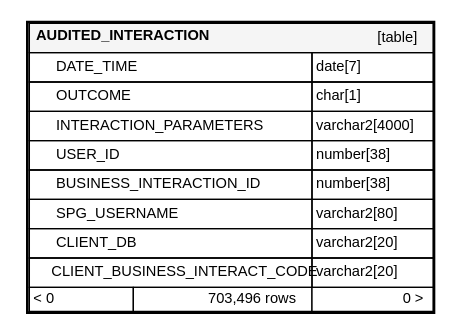
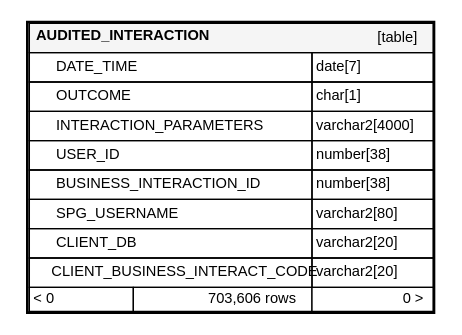
Before and after one commit to ministryofjustice/hmpps-probation-integration-services: the diagram in schema-spy-report/diagrams/orphans/AUDITED_INTERACTION.1degree.dot, drawn with Graphviz. The commit also changed 84 other files, not shown here.

```diff
--- a/schema-spy-report/diagrams/orphans/AUDITED_INTERACTION.1degree.dot
+++ b/schema-spy-report/diagrams/orphans/AUDITED_INTERACTION.1degree.dot
@@ -1,37 +1,37 @@
 digraph "AUDITED_INTERACTION" {
   graph [
     rankdir="RL"
     bgcolor="#ffffff"
     nodesep="0.18"
     ranksep="0.46"
     fontname="Helvetica"
     fontsize="11"
     ration="compress"
   ];
   node [
     fontname="Helvetica"
     fontsize="11"
     shape="plaintext"
   ];
   edge [
     arrowsize="0.8"
   ];
   "AUDITED_INTERACTION" [
    label=<
     <TABLE BORDER="2" CELLBORDER="1" CELLSPACING="0" BGCOLOR="#ffffff">
       <TR><TD COLSPAN="4"  BGCOLOR="#f5f5f5"><TABLE BORDER="0" CELLSPACING="0"><TR><TD ALIGN="LEFT"><B>AUDITED_INTERACTION</B></TD><TD ALIGN="RIGHT">[table]</TD></TR></TABLE></TD></TR>
       <TR><TD PORT="DATE_TIME" COLSPAN="2" ALIGN="LEFT"><TABLE BORDER="0" CELLSPACING="0" ALIGN="LEFT"><TR ALIGN="LEFT"><TD ALIGN="LEFT" FIXEDSIZE="TRUE" WIDTH="15" HEIGHT="16"></TD><TD ALIGN="LEFT" FIXEDSIZE="TRUE" WIDTH="191" HEIGHT="16">DATE_TIME</TD></TR></TABLE></TD><TD PORT="DATE_TIME.type" ALIGN="LEFT">date[7]</TD></TR>
       <TR><TD PORT="OUTCOME" COLSPAN="2" ALIGN="LEFT"><TABLE BORDER="0" CELLSPACING="0" ALIGN="LEFT"><TR ALIGN="LEFT"><TD ALIGN="LEFT" FIXEDSIZE="TRUE" WIDTH="15" HEIGHT="16"></TD><TD ALIGN="LEFT" FIXEDSIZE="TRUE" WIDTH="191" HEIGHT="16">OUTCOME</TD></TR></TABLE></TD><TD PORT="OUTCOME.type" ALIGN="LEFT">char[1]</TD></TR>
       <TR><TD PORT="INTERACTION_PARAMETERS" COLSPAN="2" ALIGN="LEFT"><TABLE BORDER="0" CELLSPACING="0" ALIGN="LEFT"><TR ALIGN="LEFT"><TD ALIGN="LEFT" FIXEDSIZE="TRUE" WIDTH="15" HEIGHT="16"></TD><TD ALIGN="LEFT" FIXEDSIZE="TRUE" WIDTH="191" HEIGHT="16">INTERACTION_PARAMETERS</TD></TR></TABLE></TD><TD PORT="INTERACTION_PARAMETERS.type" ALIGN="LEFT">varchar2[4000]</TD></TR>
       <TR><TD PORT="USER_ID" COLSPAN="2" ALIGN="LEFT"><TABLE BORDER="0" CELLSPACING="0" ALIGN="LEFT"><TR ALIGN="LEFT"><TD ALIGN="LEFT" FIXEDSIZE="TRUE" WIDTH="15" HEIGHT="16"></TD><TD ALIGN="LEFT" FIXEDSIZE="TRUE" WIDTH="191" HEIGHT="16">USER_ID</TD></TR></TABLE></TD><TD PORT="USER_ID.type" ALIGN="LEFT">number[38]</TD></TR>
       <TR><TD PORT="BUSINESS_INTERACTION_ID" COLSPAN="2" ALIGN="LEFT"><TABLE BORDER="0" CELLSPACING="0" ALIGN="LEFT"><TR ALIGN="LEFT"><TD ALIGN="LEFT" FIXEDSIZE="TRUE" WIDTH="15" HEIGHT="16"></TD><TD ALIGN="LEFT" FIXEDSIZE="TRUE" WIDTH="191" HEIGHT="16">BUSINESS_INTERACTION_ID</TD></TR></TABLE></TD><TD PORT="BUSINESS_INTERACTION_ID.type" ALIGN="LEFT">number[38]</TD></TR>
       <TR><TD PORT="SPG_USERNAME" COLSPAN="2" ALIGN="LEFT"><TABLE BORDER="0" CELLSPACING="0" ALIGN="LEFT"><TR ALIGN="LEFT"><TD ALIGN="LEFT" FIXEDSIZE="TRUE" WIDTH="15" HEIGHT="16"></TD><TD ALIGN="LEFT" FIXEDSIZE="TRUE" WIDTH="191" HEIGHT="16">SPG_USERNAME</TD></TR></TABLE></TD><TD PORT="SPG_USERNAME.type" ALIGN="LEFT">varchar2[80]</TD></TR>
       <TR><TD PORT="CLIENT_DB" COLSPAN="2" ALIGN="LEFT"><TABLE BORDER="0" CELLSPACING="0" ALIGN="LEFT"><TR ALIGN="LEFT"><TD ALIGN="LEFT" FIXEDSIZE="TRUE" WIDTH="15" HEIGHT="16"></TD><TD ALIGN="LEFT" FIXEDSIZE="TRUE" WIDTH="191" HEIGHT="16">CLIENT_DB</TD></TR></TABLE></TD><TD PORT="CLIENT_DB.type" ALIGN="LEFT">varchar2[20]</TD></TR>
       <TR><TD PORT="CLIENT_BUSINESS_INTERACT_CODE" COLSPAN="2" ALIGN="LEFT"><TABLE BORDER="0" CELLSPACING="0" ALIGN="LEFT"><TR ALIGN="LEFT"><TD ALIGN="LEFT" FIXEDSIZE="TRUE" WIDTH="15" HEIGHT="16"></TD><TD ALIGN="LEFT" FIXEDSIZE="TRUE" WIDTH="191" HEIGHT="16">CLIENT_BUSINESS_INTERACT_CODE</TD></TR></TABLE></TD><TD PORT="CLIENT_BUSINESS_INTERACT_CODE.type" ALIGN="LEFT">varchar2[20]</TD></TR>
-      <TR><TD ALIGN="LEFT" BGCOLOR="#ffffff">&lt; 0</TD><TD ALIGN="RIGHT" BGCOLOR="#ffffff">703,496 rows</TD><TD ALIGN="RIGHT" BGCOLOR="#ffffff">0 &gt;</TD></TR>
+      <TR><TD ALIGN="LEFT" BGCOLOR="#ffffff">&lt; 0</TD><TD ALIGN="RIGHT" BGCOLOR="#ffffff">703,606 rows</TD><TD ALIGN="RIGHT" BGCOLOR="#ffffff">0 &gt;</TD></TR>
     </TABLE>>
     URL="../../tables/AUDITED_INTERACTION.html"
     target="_top"
     tooltip="AUDITED_INTERACTION"
   ];
 }
```
